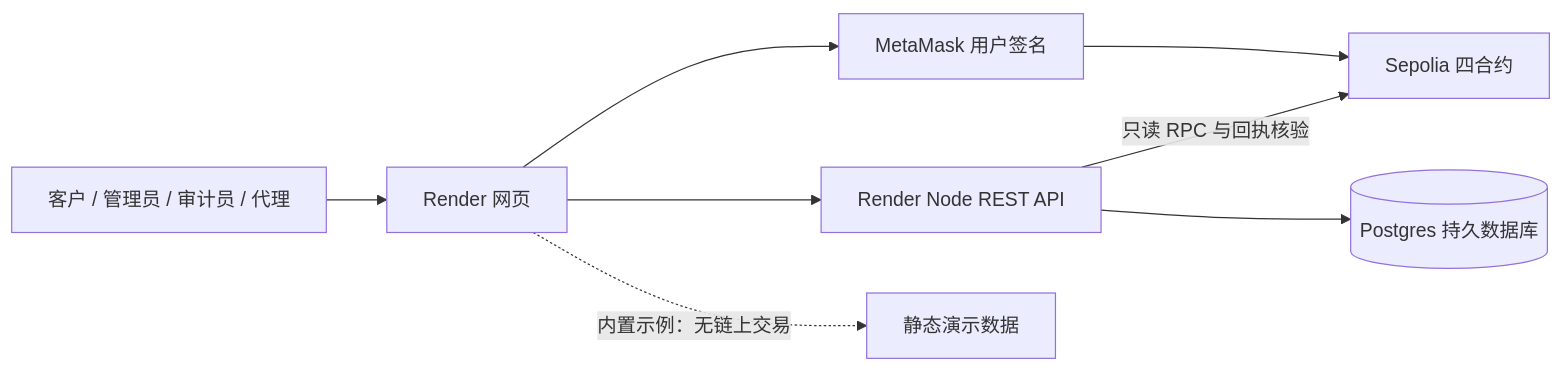
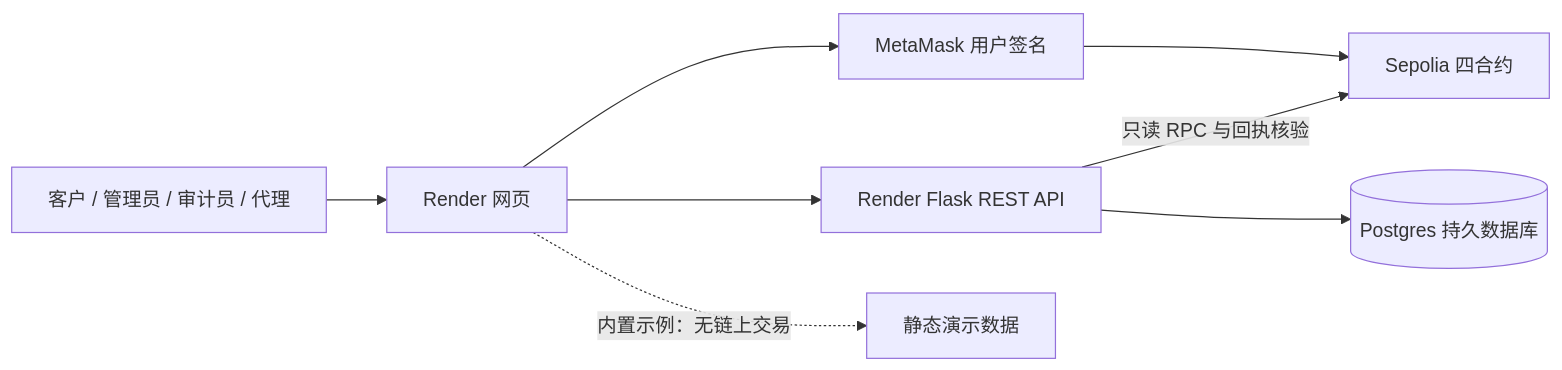
Before and after one commit to SwaggyAlky/bridge-remit: the first of 5 diagrams in docs/ARCHITECTURE.md, drawn with Mermaid. The commit also changed other lines of this file and 10 other files, not shown here.

Commit message:
Update architecture, report and instructions for the verified Flask backend

````diff
--- a/docs/ARCHITECTURE.md
+++ b/docs/ARCHITECTURE.md
@@ -4,10 +6,10 @@
 ```mermaid
 flowchart LR
  U[客户 / 管理员 / 审计员 / 代理] --> UI[Render 网页]
  UI --> MM[MetaMask 用户签名]
  MM --> C[Sepolia 四合约]
- UI --> API[Render Node REST API]
+ UI --> API[Render Flask REST API]
  API --> DB[(Postgres 持久数据库)]
  API -->|只读 RPC 与回执核验| C
  UI -.->|内置示例：无链上交易| EX[静态演示数据]
 ```
````
